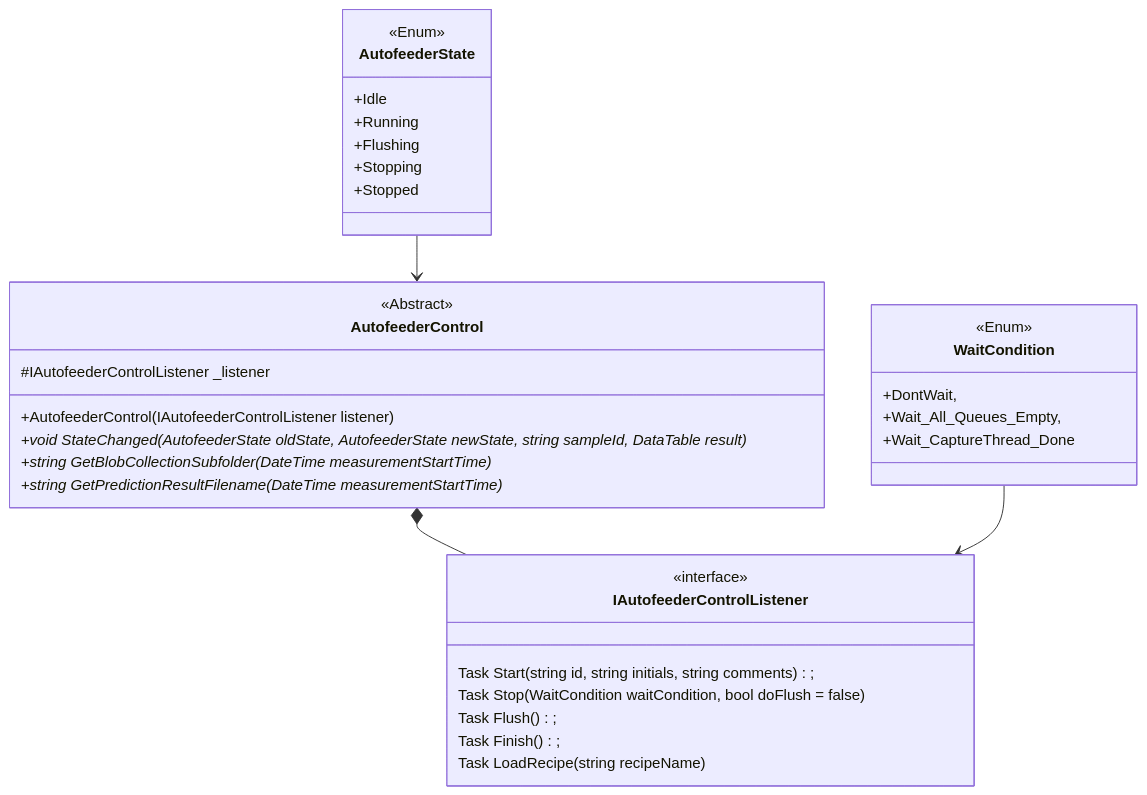
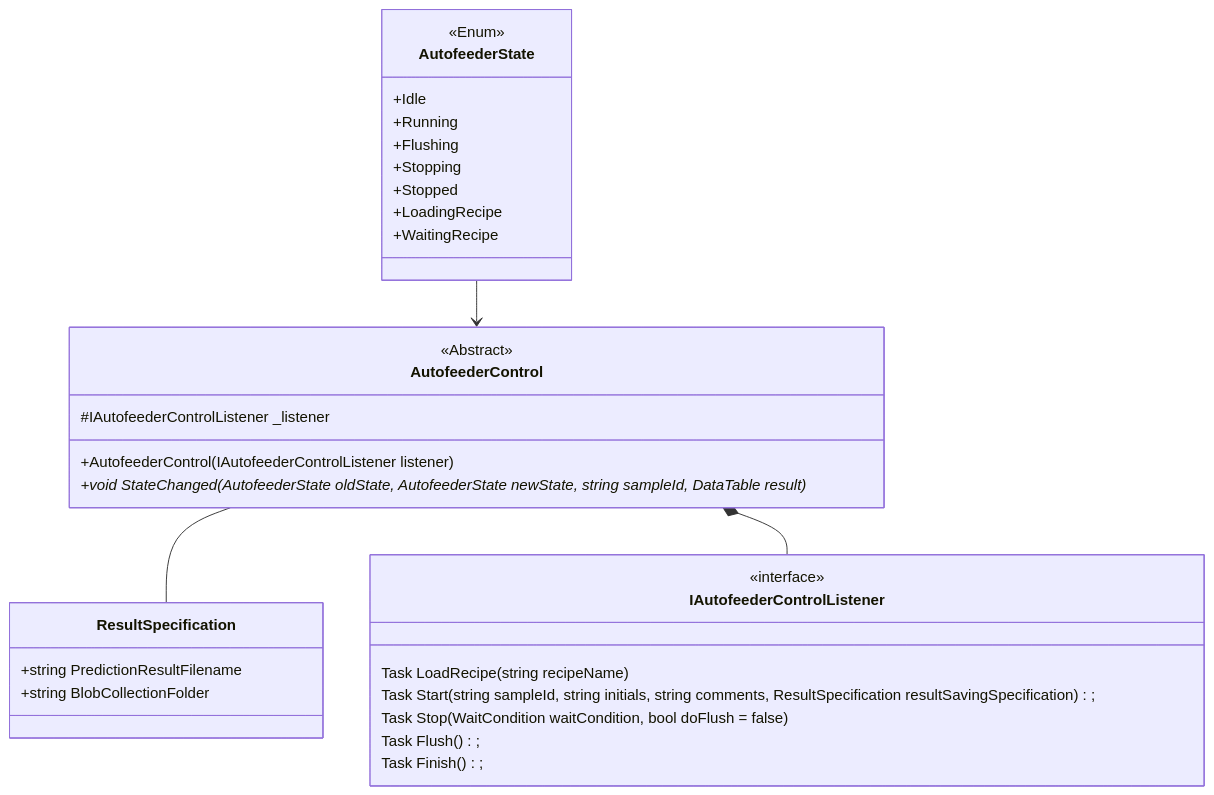
One commit to Videometer/VM.Lab.Interfaces.BlobAnalyzer changed the second of 2 diagrams in README.md. Above: the diagram before and after it, drawn with Mermaid. The commit also changed other lines of this file, not shown here.

Commit message:
Updated documentation to more specific interface. actual code still needs to be changed

````diff
--- a/README.md
+++ b/README.md
@@ -49,39 +53,38 @@
 ```mermaid
 classDiagram
     
 class IAutofeederControlListener {
     <<interface>>
-    Task Start(string id, string initials, string comments);
+    Task LoadRecipe(string recipeName)
+    Task Start(string sampleId, string initials, string comments, ResultSpecification resultSavingSpecification);
     Task Stop(WaitCondition waitCondition, bool doFlush = false)
     Task Flush();
     Task Finish();
-    Task LoadRecipe(string recipeName)
+}
+
+AutofeederControl -- ResultSpecification
+class ResultSpecification {
+  +string PredictionResultFilename
+  +string BlobCollectionFolder
 }
 
 class AutofeederControl {
     <<Abstract>>
 	#IAutofeederControlListener _listener
     +AutofeederControl(IAutofeederControlListener listener)
     +void StateChanged(AutofeederState oldState, AutofeederState newState, string sampleId, DataTable result)*
-    +string GetBlobCollectionSubfolder(DateTime measurementStartTime)*
-    +string GetPredictionResultFilename(DateTime measurementStartTime)*
 }
 AutofeederControl *-- IAutofeederControlListener
 AutofeederState --> AutofeederControl
 class AutofeederState {
     <<Enum>>
     +Idle
     +Running
     +Flushing
     +Stopping
     +Stopped
+    +LoadingRecipe
+    +WaitingRecipe
 }
 
-WaitCondition --> IAutofeederControlListener
-class WaitCondition {
-    <<Enum>>
-	+DontWait,
-    +Wait_All_Queues_Empty,
-    +Wait_CaptureThread_Done
-}
 ```
````
